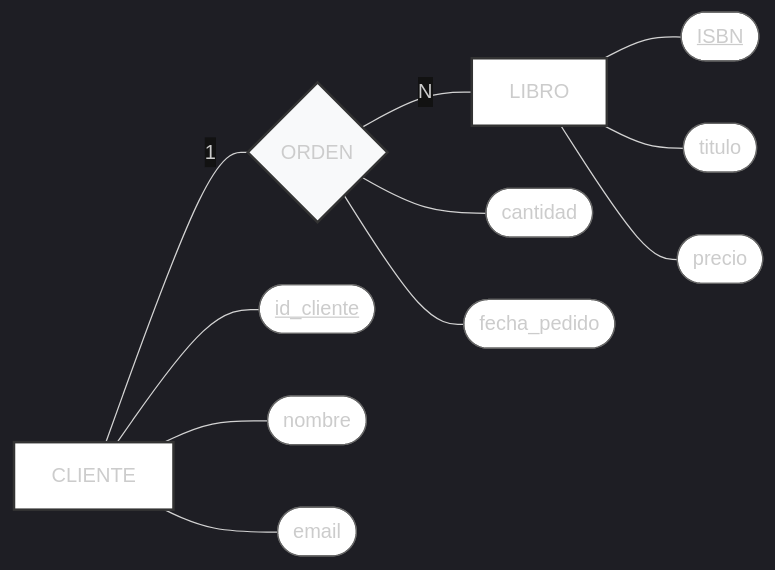
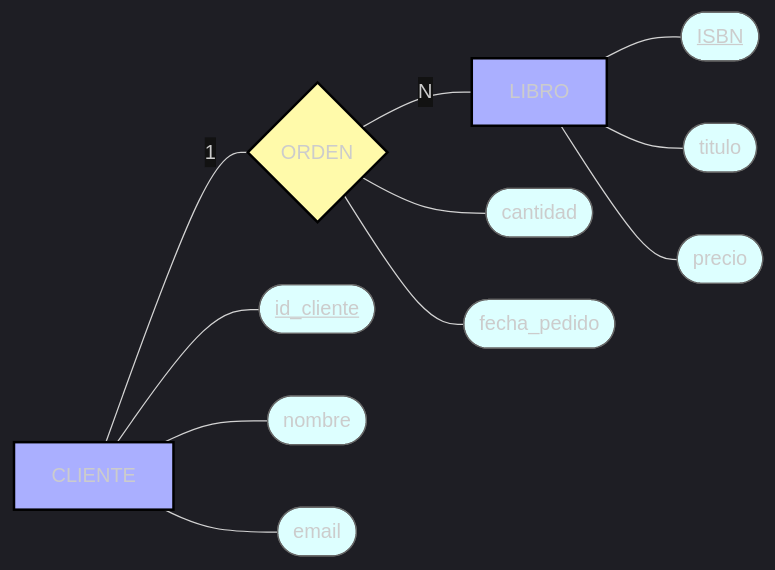
Before and after one commit to ConsSorto/ConsSorto.github.io: the third of 3 diagrams in isc-321/unidad-1/2.md, drawn with Mermaid.

Commit message:
feat: ejemplos tema 4

````diff
--- a/isc-321/unidad-1/2.md
+++ b/isc-321/unidad-1/2.md
@@ -131,37 +131,37 @@
 ```mermaid
 %%{init: {'theme': 'dark', 'themeVariables': { 'primaryColor': '#018786', 'edgeLabelBackground':'#121212', 'tertiaryColor': '#121212' }}}%%
 graph LR
     %% Entidades (Rectángulos)
     C[CLIENTE]
     L[LIBRO]
     
     %% Relación (Rombos)
     R{ORDEN}
     
-    %% Atributos de Cliente (Óvalos/Cápsulas)
+    %% Atributos de Cliente (Cápsulas)
     C --- AC1([<u>id_cliente</u>])
     C --- AC2([nombre])
     C --- AC3([email])
     
-    %% Atributos de Libro (Óvalos/Cápsulas)
+    %% Atributos de Libro (Cápsulas)
     L --- AL1([<u>ISBN</u>])
     L --- AL2([titulo])
     L --- AL3([precio])
     
-    %% Atributos de la Relación
+    %% Atributos de la Relación (Descriptivos)
     R --- AR1([cantidad])
     R --- AR2([fecha_pedido])
     
     %% Conexiones con Cardinalidad
     C -- "1" --- R
     R -- "N" --- L
 
-    %% Estilos Profesionales
-    style C fill:#ffffff,stroke:#333,stroke-width:2px
-    style L fill:#ffffff,stroke:#333,stroke-width:2px
-    style R fill:#f8f9fa,stroke:#333,stroke-width:2px
+    %% Definición de Estilos y Colores
+    style C fill:#aaafff,stroke:#000,stroke-width:2px
+    style L fill:#aaafff,stroke:#000,stroke-width:2px
+    style R fill:#fffaaa,stroke:#000,stroke-width:2px
     
-    classDef attr fill:#ffffff,stroke:#666,stroke-dasharray: 0
+    classDef attr fill:#ddffff,stroke:#666,stroke-width:1px
     class AC1,AC2,AC3,AL1,AL2,AL3,AR1,AR2 attr
 
 ```
````
